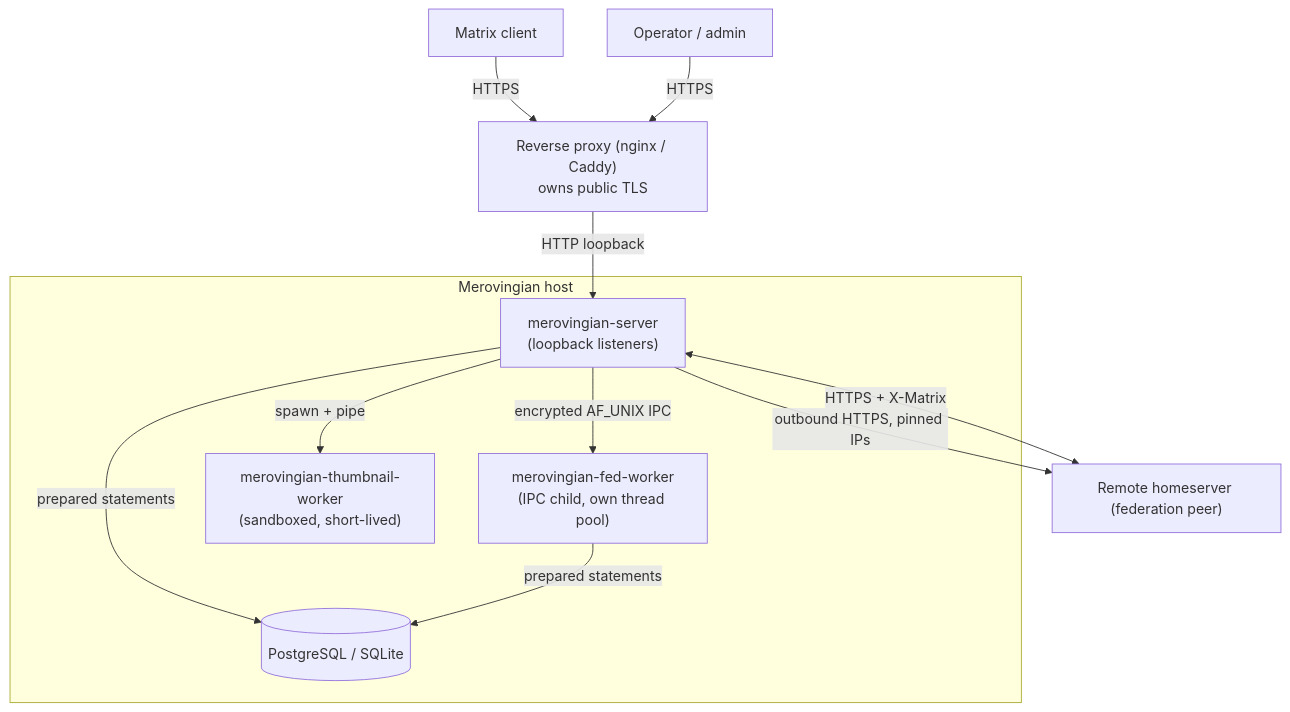
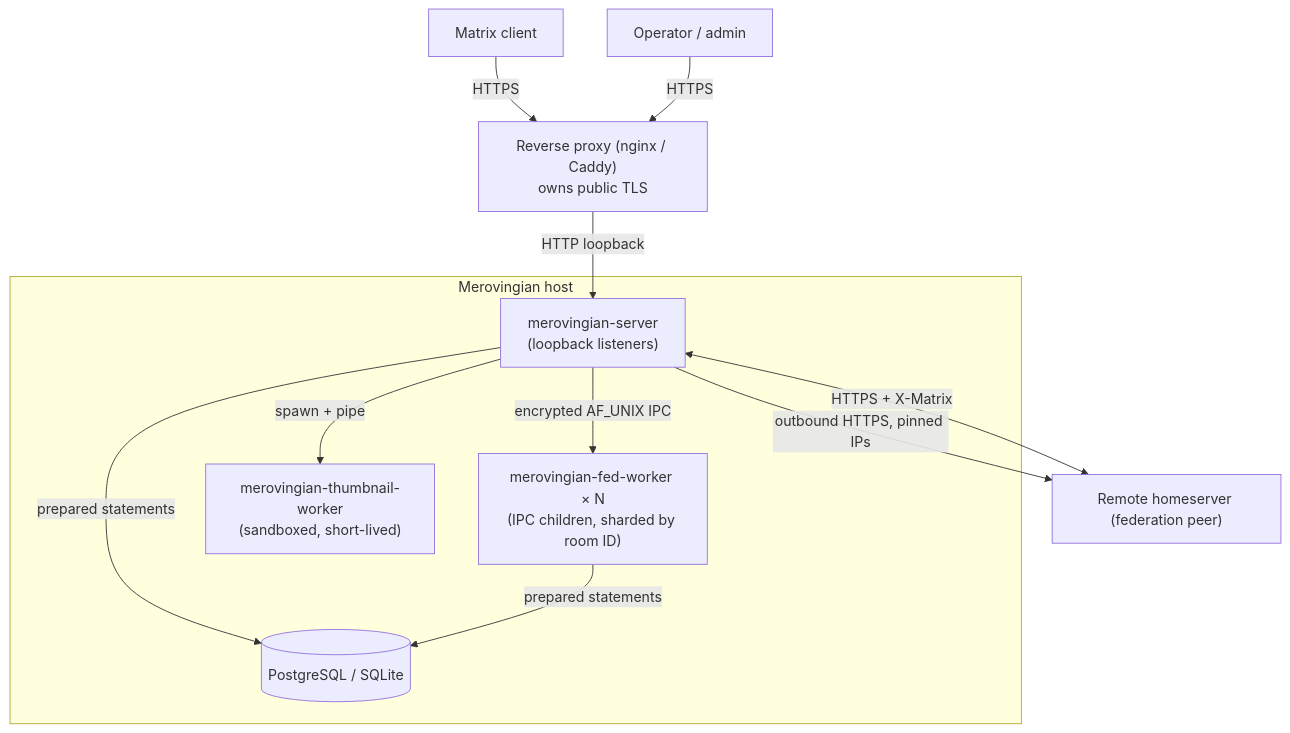
The first of 6 diagrams in docs/architecture.md (OMG-Software/Merovingian), drawn with Mermaid before and after one commit. The commit also changed other lines of this file and 58 other files, not shown here.

First line of the commit message:
feat(federation): sign-back channel, room-sharded workers, and exhaustive tests (v0.10.3)

````diff
--- a/docs/architecture.md
+++ b/docs/architecture.md
@@ -19,24 +19,24 @@
 ```mermaid
 flowchart TB
     client["Matrix client"]
     remote["Remote homeserver (federation peer)"]
     admin["Operator / admin"]
     proxy["Reverse proxy (nginx / Caddy)<br/>owns public TLS"]
 
     subgraph host["Merovingian host"]
         server["merovingian-server<br/>(loopback listeners)"]
-        fedworker["merovingian-fed-worker<br/>(IPC child, own thread pool)"]
+        fedworker["merovingian-fed-worker × N<br/>(IPC children, sharded by room ID)"]
         thumbnail["merovingian-thumbnail-worker<br/>(sandboxed, short-lived)"]
         db[("PostgreSQL / SQLite")]
     end
 
     client -->|HTTPS| proxy
     admin -->|HTTPS| proxy
     proxy -->|HTTP loopback| server
     remote <-->|HTTPS + X-Matrix| server
     server -->|encrypted AF_UNIX IPC| fedworker
     server -->|spawn + pipe| thumbnail
     server -->|prepared statements| db
     fedworker -->|prepared statements| db
     server -->|outbound HTTPS, pinned IPs| remote
 ```
````
